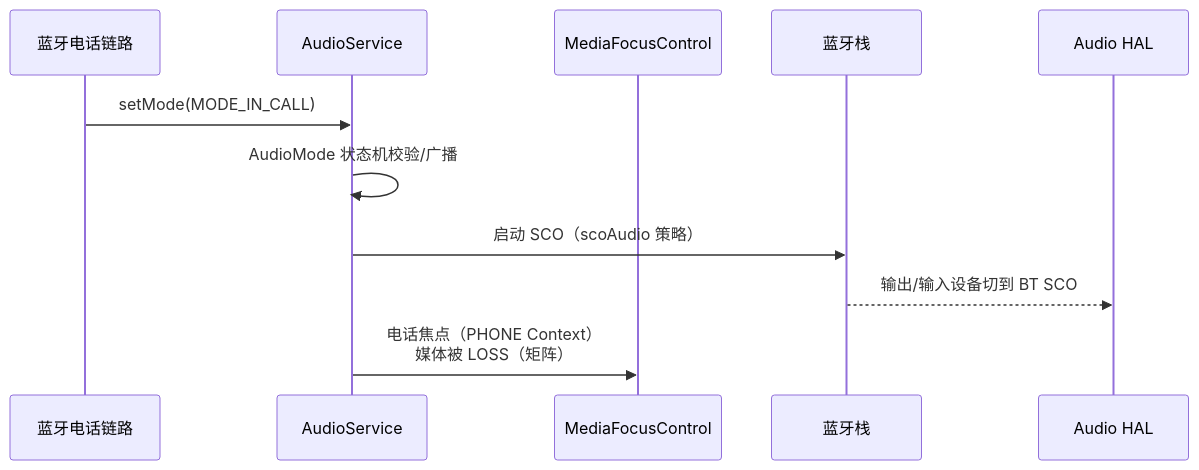
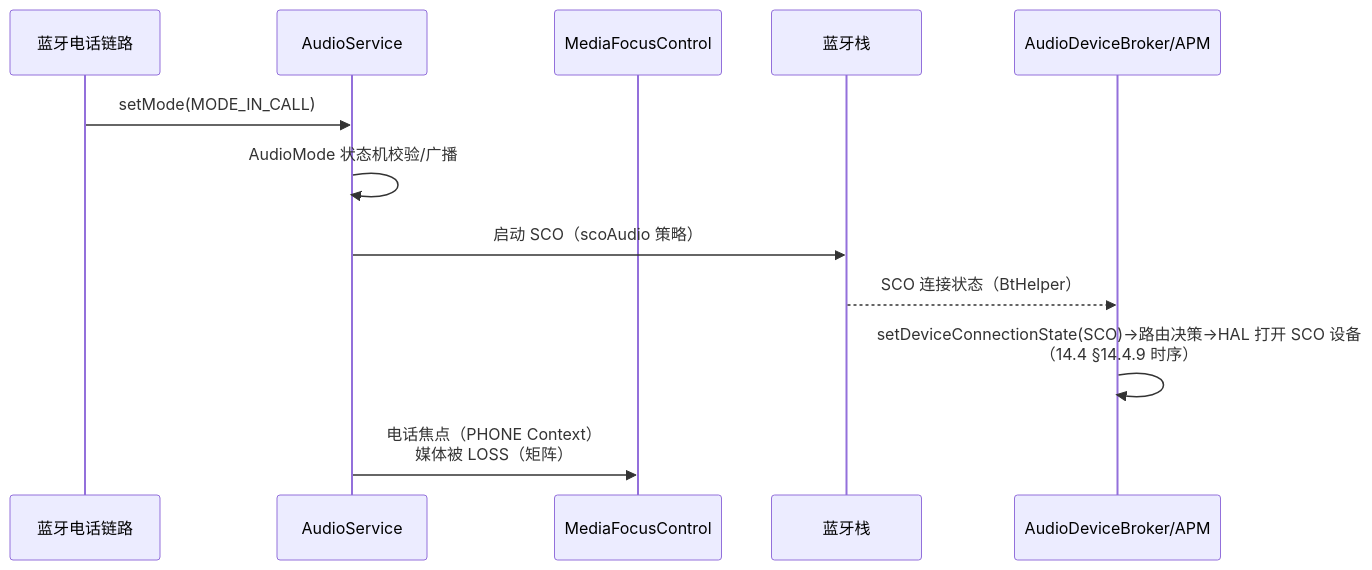
One commit to yanglinzhen1022/SA8295_AAOS_QNX_Audio_KnowledgeBase changed the diagram in 20_End_to_End_Scenarios/20_20.4_场景-蓝牙通话链路.md. Above: the diagram before and after it, drawn with Mermaid. The commit also changed other lines of this file and 17 other files, not shown here.

````diff
--- a/20_End_to_End_Scenarios/20_20.4_场景-蓝牙通话链路.md
+++ b/20_End_to_End_Scenarios/20_20.4_场景-蓝牙通话链路.md
@@ -20,14 +20,15 @@
 ```mermaid
 sequenceDiagram
     participant TEL as 蓝牙电话链路
     participant AS as AudioService
     participant MFC as MediaFocusControl
     participant BT as 蓝牙栈
-    participant HAL as Audio HAL
+    participant BRK as AudioDeviceBroker/APM
 
     TEL->>AS: setMode(MODE_IN_CALL)
     AS->>AS: AudioMode 状态机校验/广播
     AS->>BT: 启动 SCO（scoAudio 策略）
-    BT-->>HAL: 输出/输入设备切到 BT SCO
+    BT-->>BRK: SCO 连接状态（BtHelper）
+    BRK->>BRK: setDeviceConnectionState(SCO)→路由决策→HAL 打开 SCO 设备<br/>（14.4 §14.4.9 时序）
     AS->>MFC: 电话焦点（PHONE Context）<br/>媒体被 LOSS（矩阵）
 ```
````
